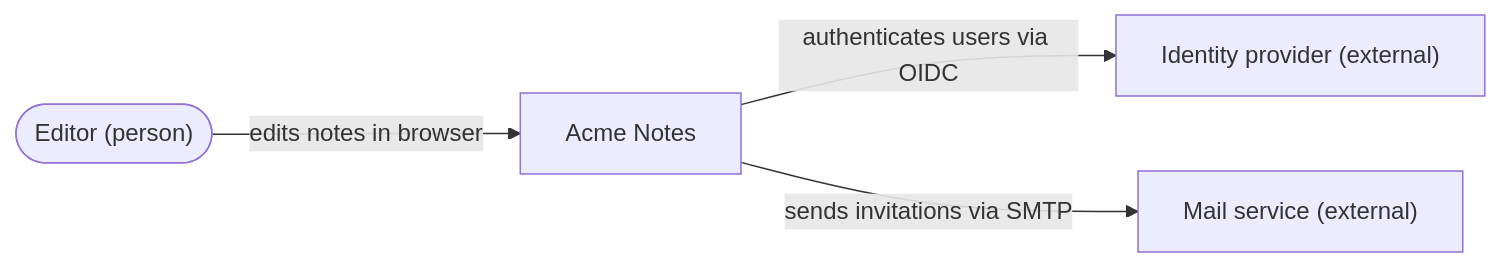
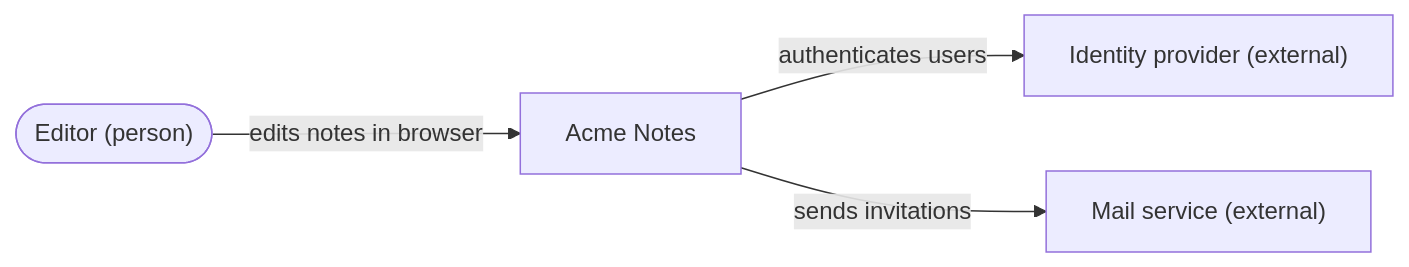
Before and after one commit to overnightworks/marketplace: the first of 3 diagrams in plugins/atelier/skills/visualize/references/worked-examples.md, drawn with Mermaid. The commit also changed 1 other file, not shown here.

Commit message:
Name arc42 sections as arc42 does and tighten standard claims (#84)

````diff
--- a/plugins/atelier/skills/visualize/references/worked-examples.md
+++ b/plugins/atelier/skills/visualize/references/worked-examples.md
@@ -14,10 +14,10 @@
 ```mermaid
 flowchart LR
   editor(["Editor (person)"])
   notes["Acme Notes"]
   idp["Identity provider (external)"]
   mail["Mail service (external)"]
   editor -->|"edits notes in browser"| notes
-  notes -->|"authenticates users via OIDC"| idp
-  notes -->|"sends invitations via SMTP"| mail
+  notes -->|"authenticates users"| idp
+  notes -->|"sends invitations"| mail
 ```
````
